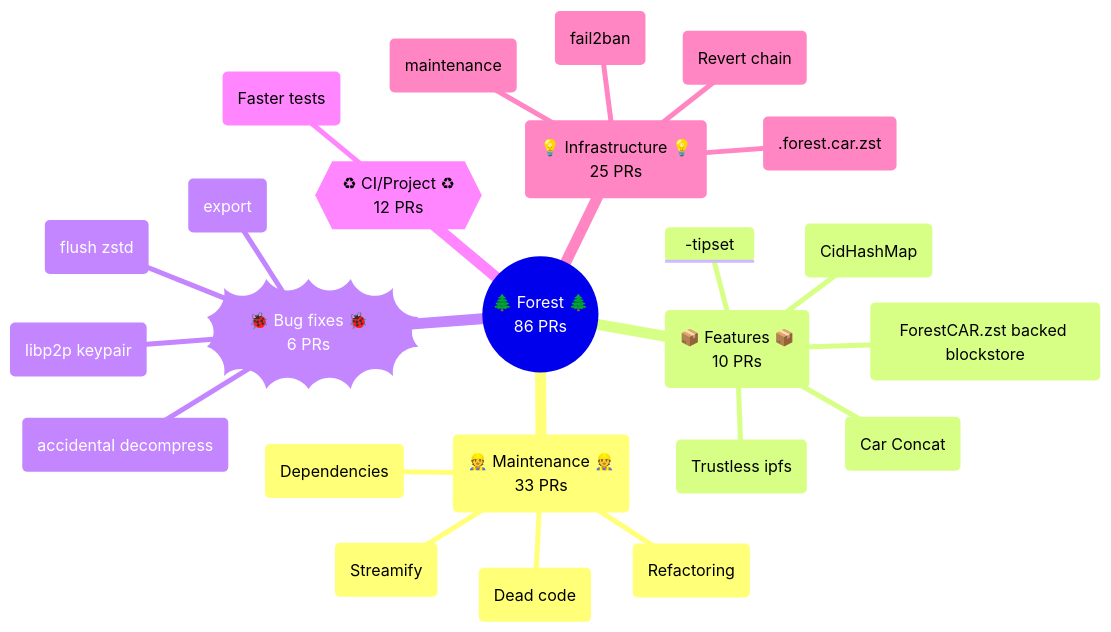
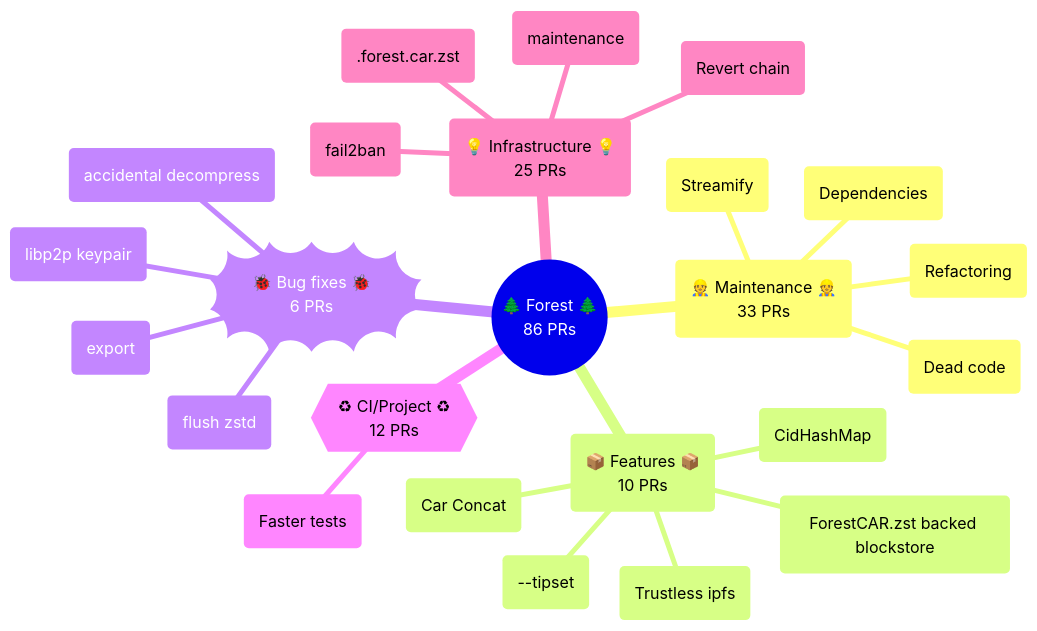
Before and after one commit to jennijuju/forest: the first of 2 diagrams in documentation/mindmaps/2023-07-31.md, drawn with Mermaid.

````diff
--- a/documentation/mindmaps/2023-07-31.md
+++ b/documentation/mindmaps/2023-07-31.md
@@ -3,27 +3,27 @@
 ```mermaid
 mindmap
   root((🌲 Forest 🌲<br>86 PRs))
     id(👷 Maintenance 👷<br>33 PRs)
       (Dead code)
       (Dependencies)
       (Streamify)
       (Refactoring)
     id(📦 Features 📦<br>10 PRs)
       (ForestCAR.zst backed blockstore)
       (CidHashMap)
       (Trustless ipfs)
-      (--tipset)
+      ( --tipset )
       (Car Concat)
     id))🐞 Bug fixes 🐞<br>6 PRs((
       (flush zstd)
       (accidental decompress)
       (libp2p keypair)
       (export)
     id{{♻ CI/Project ♻<br>12 PRs}}
       (Faster tests)
     id(💡 Infrastructure 💡<br>25 PRs)
       (Revert chain)
       (fail2ban)
       (.forest.car.zst)
       (maintenance)
 ```
````
